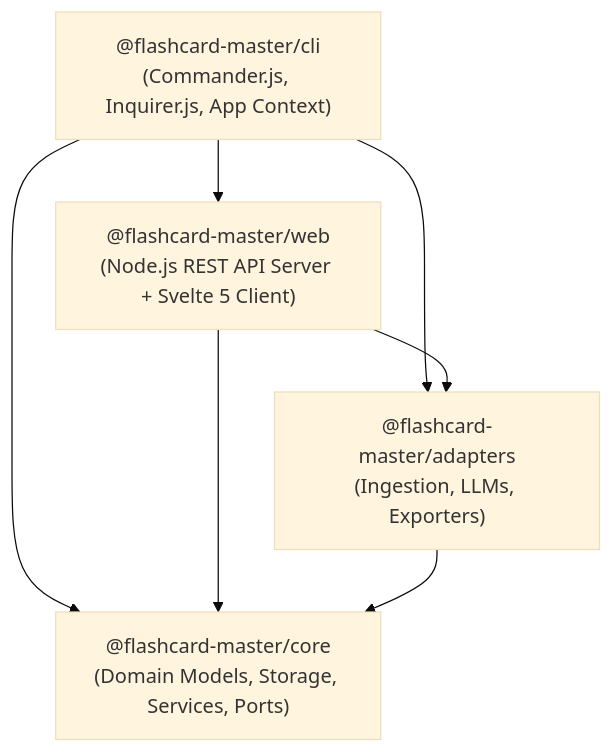
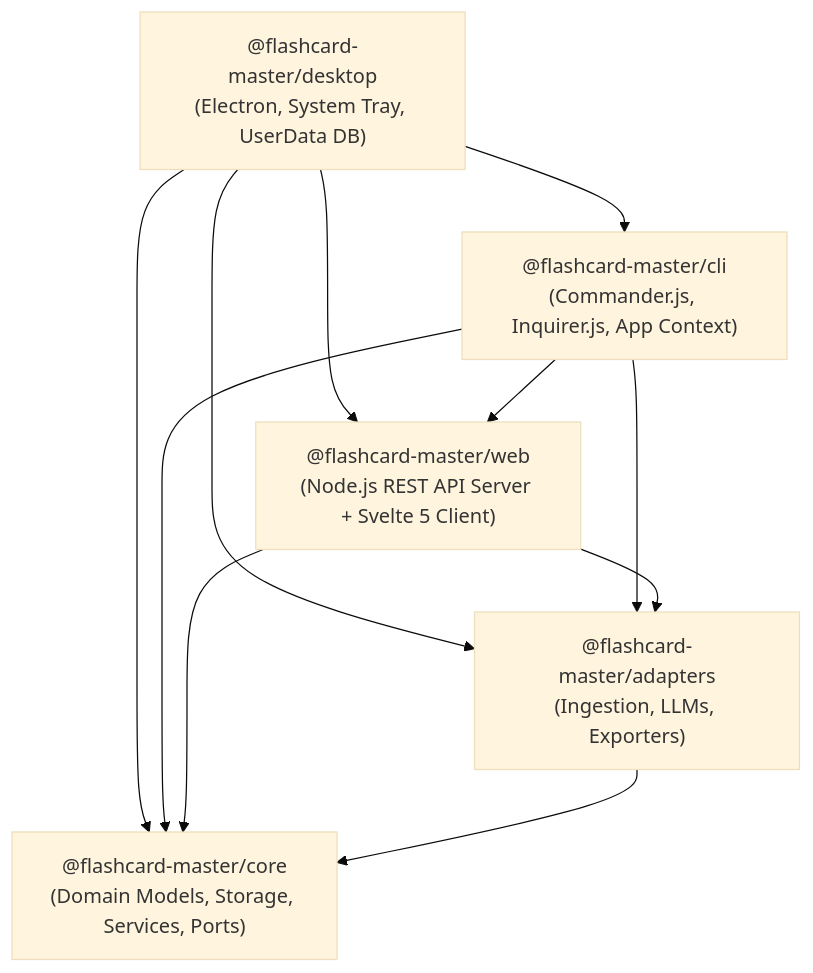
One commit to alexprodan99/flashcard-master changed the first of 3 diagrams in docs/ARCHITECTURE.md. Above: the diagram before and after it, drawn with Mermaid (base theme). The commit also changed other lines of this file and 3 other files, not shown here.

Commit message:
docs: add desktop application guides, architecture, and quickstart

````diff
--- a/docs/ARCHITECTURE.md
+++ b/docs/ARCHITECTURE.md
@@ -22,14 +22,19 @@
 ```mermaid
 graph TD
+    DESKTOP["@flashcard-master/desktop<br/>(Electron, System Tray, UserData DB)"]
     CLI["@flashcard-master/cli<br/>(Commander.js, Inquirer.js, App Context)"]
     WEB["@flashcard-master/web<br/>(Node.js REST API Server + Svelte 5 Client)"]
     ADAPTERS["@flashcard-master/adapters<br/>(Ingestion, LLMs, Exporters)"]
     CORE["@flashcard-master/core<br/>(Domain Models, Storage, Services, Ports)"]
 
+    DESKTOP --> CORE
+    DESKTOP --> ADAPTERS
+    DESKTOP --> WEB
+    DESKTOP --> CLI
     CLI --> CORE
     CLI --> ADAPTERS
     CLI --> WEB
     WEB --> CORE
     WEB --> ADAPTERS
     ADAPTERS --> CORE
 ```
````
